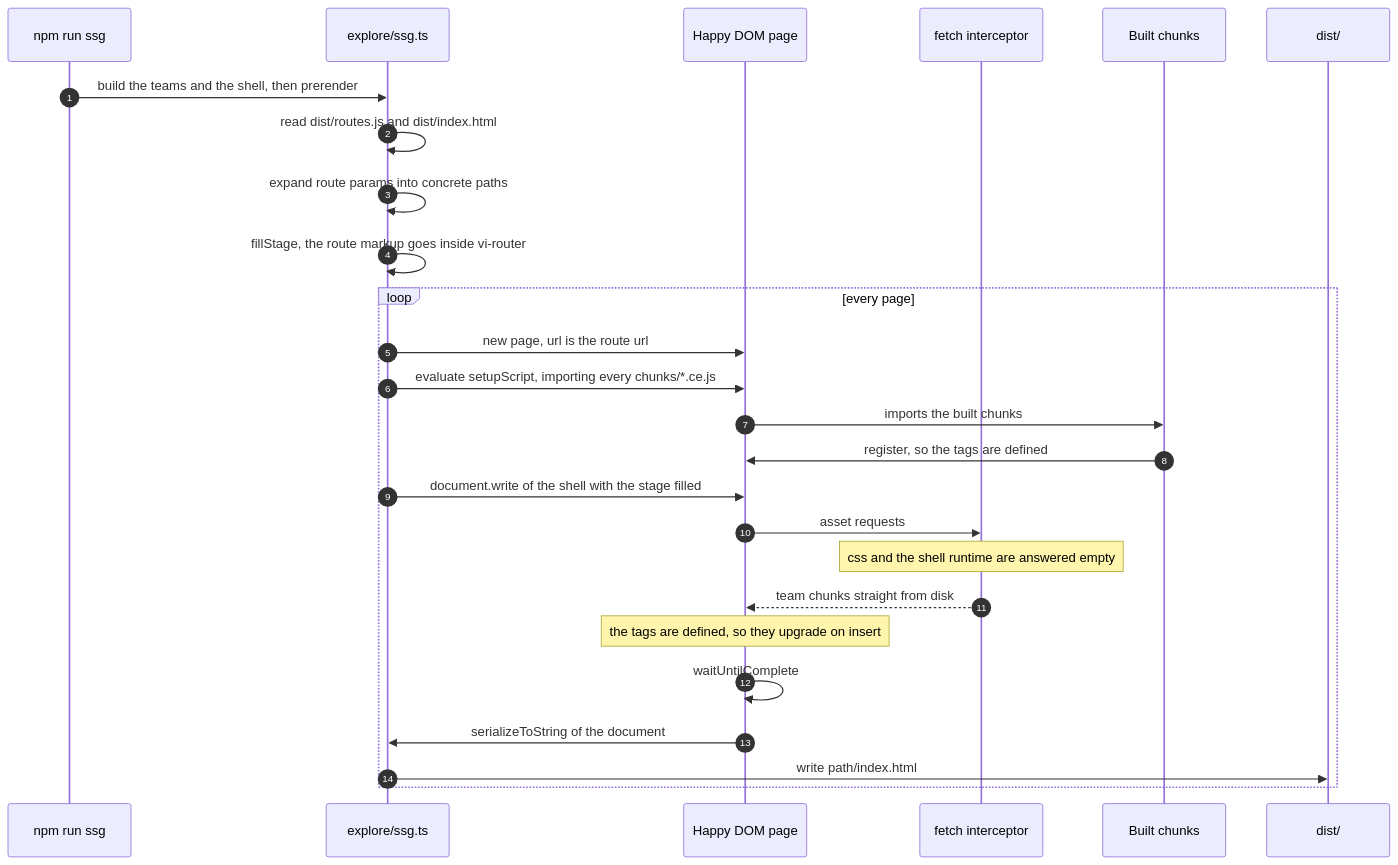
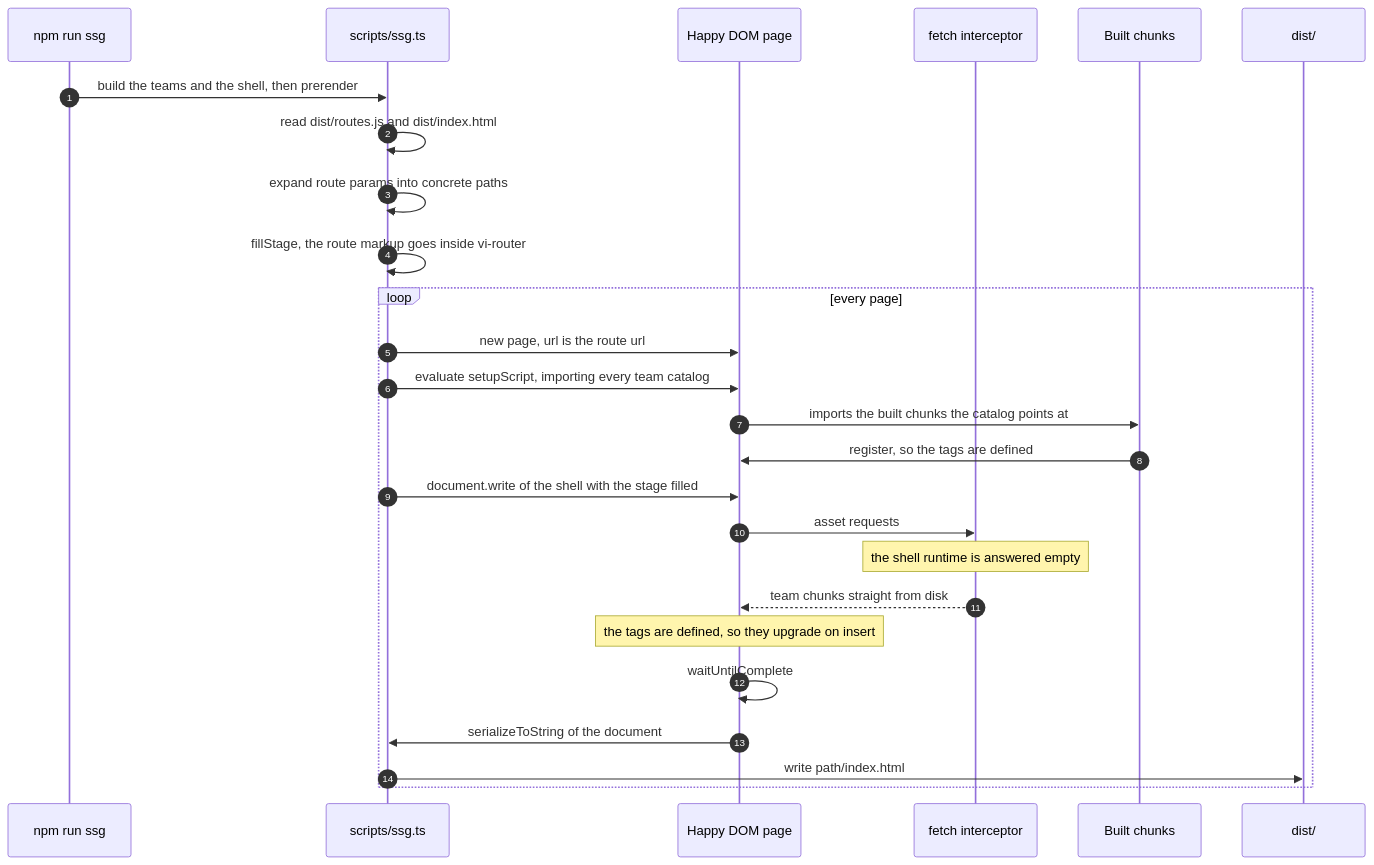
The second of 2 diagrams in README.md (vitocal/mfe-tractor-store), drawn with Mermaid before and after one commit. The commit also changed other lines of this file and 22 other files, not shown here.

````diff
--- a/README.md
+++ b/README.md
@@ -132,30 +132,30 @@
 ```mermaid
 sequenceDiagram
   autonumber
   participant C as npm run ssg
-  participant G as explore/ssg.ts
+  participant G as scripts/ssg.ts
   participant P as Happy DOM page
   participant I as fetch interceptor
   participant K as Built chunks
   participant D as dist/
 
   C->>G: build the teams and the shell, then prerender
   G->>G: read dist/routes.js and dist/index.html
   G->>G: expand route params into concrete paths
   G->>G: fillStage, the route markup goes inside vi-router
 
   loop every page
     G->>P: new page, url is the route url
-    G->>P: evaluate setupScript, importing every chunks/*.ce.js
-    P->>K: imports the built chunks
+    G->>P: evaluate setupScript, importing every team catalog
+    P->>K: imports the built chunks the catalog points at
     K->>P: register, so the tags are defined
     G->>P: document.write of the shell with the stage filled
     P->>I: asset requests
-    Note over I: css and the shell runtime are answered empty
+    Note over I: the shell runtime is answered empty
     I-->>P: team chunks straight from disk
     Note over P: the tags are defined, so they upgrade on insert
     P->>P: waitUntilComplete
     P->>G: serializeToString of the document
     G->>D: write path/index.html
   end
 ```
````
